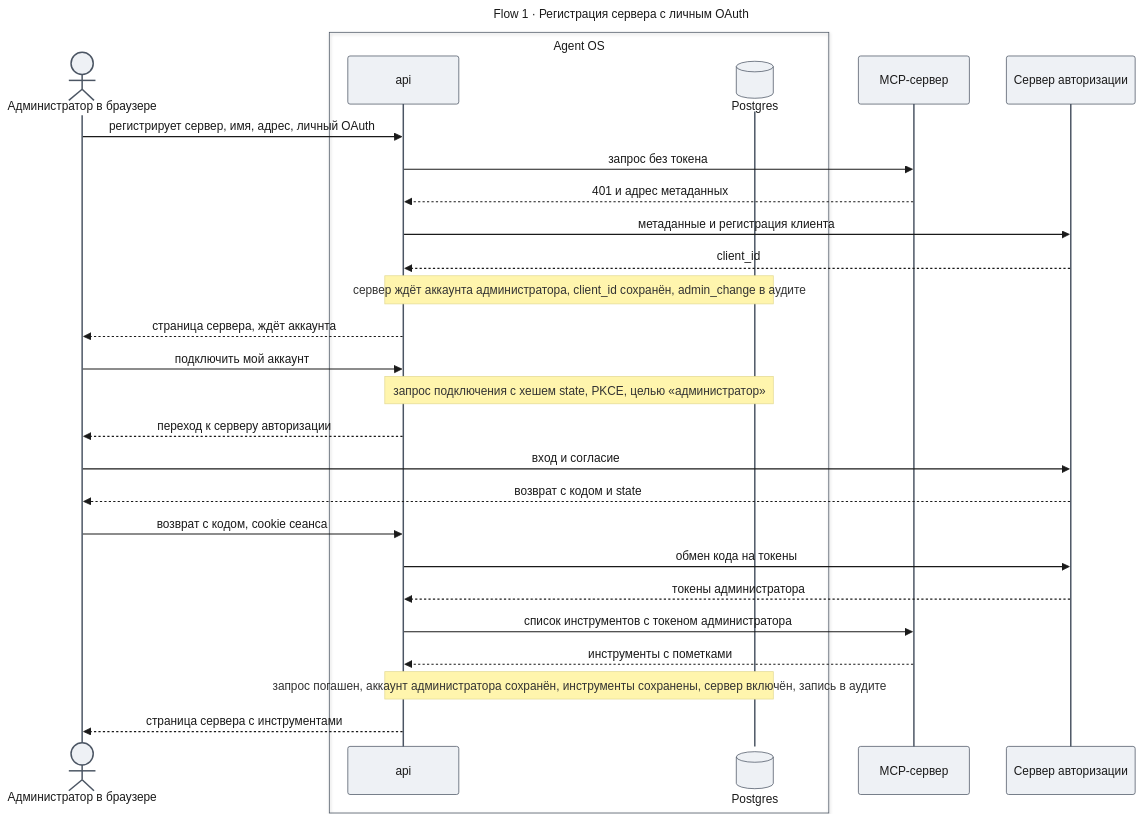
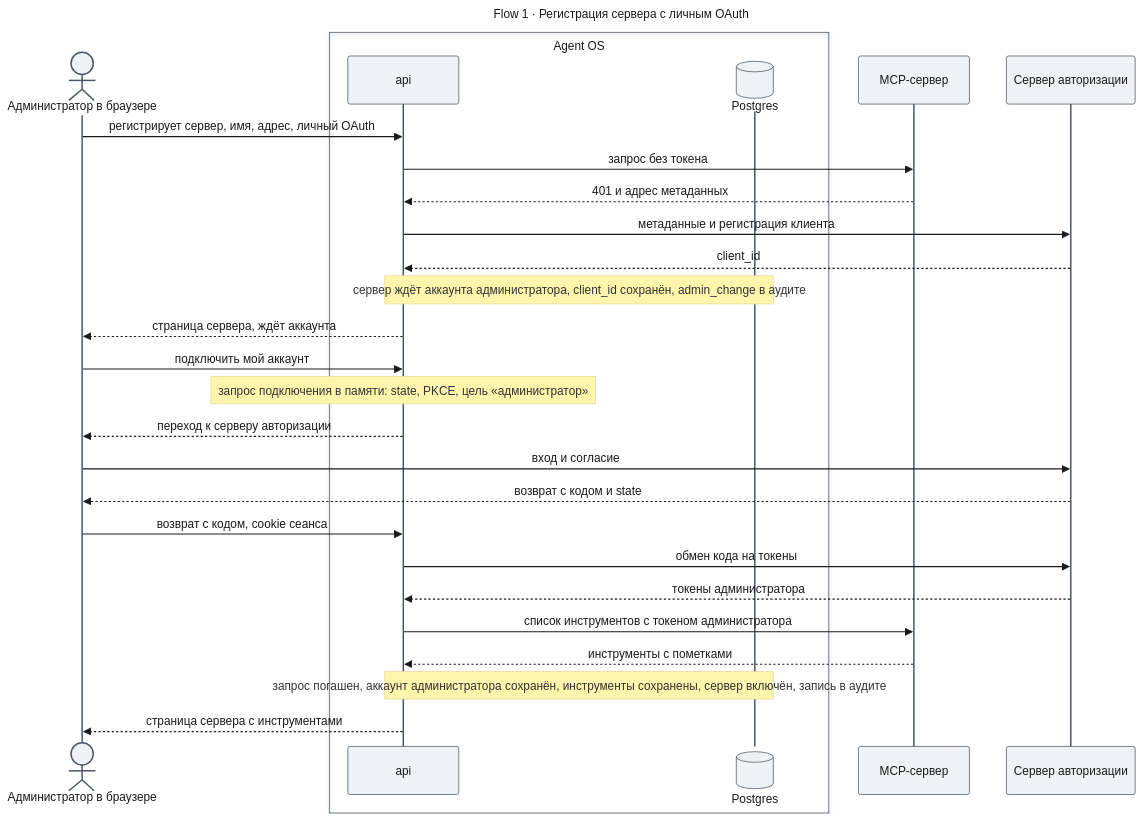
The sixth of 9 diagrams in docs/features/enterprise-access/design-mcp-connect.md (tundraray/agent-os), drawn with Mermaid before and after one commit. The commit also changed other lines of this file and 3 other files, not shown here.

````diff
--- a/docs/features/enterprise-access/design-mcp-connect.md
+++ b/docs/features/enterprise-access/design-mcp-connect.md
@@ -491,59 +489,59 @@
 ```mermaid
 ---
 title: "Flow 1 · Регистрация сервера с личным OAuth"
 config:
   theme: base
   look: classic
   themeVariables:
     primaryColor: "#eef1f5"
     primaryBorderColor: "#4b5563"
     primaryTextColor: "#1a1a1a"
     lineColor: "#6b7280"
   themeCSS: |
     @keyframes lit_mf1{0%,5.62%{stroke:#991b1b;stroke-width:6px}6.25%,100%{stroke:#37474f;stroke-width:2px}}
     @keyframes litr_mf1{0%,5.62%{stroke:#1d4ed8;stroke-width:6px}6.25%,100%{stroke:#37474f;stroke-width:2px}}
     .messageLine0[data-id='i0'],.messageLine1[data-id='i0']{animation:lit_mf1 19.2s linear 0s infinite}
     .messageLine0[data-id='i1'],.messageLine1[data-id='i1']{animation:lit_mf1 19.2s linear 1.2s infinite}
     .messageLine0[data-id='i2'],.messageLine1[data-id='i2']{animation:litr_mf1 19.2s linear 2.4s infinite}
     .messageLine0[data-id='i3'],.messageLine1[data-id='i3']{animation:lit_mf1 19.2s linear 3.6s infinite}
     .messageLine0[data-id='i4'],.messageLine1[data-id='i4']{animation:litr_mf1 19.2s linear 4.8s infinite}
     .messageLine0[data-id='i6'],.messageLine1[data-id='i6']{animation:litr_mf1 19.2s linear 6s infinite}
     .messageLine0[data-id='i7'],.messageLine1[data-id='i7']{animation:lit_mf1 19.2s linear 7.2s infinite}
     .messageLine0[data-id='i9'],.messageLine1[data-id='i9']{animation:litr_mf1 19.2s linear 8.4s infinite}
     .messageLine0[data-id='i10'],.messageLine1[data-id='i10']{animation:lit_mf1 19.2s linear 9.6s infinite}
     .messageLine0[data-id='i11'],.messageLine1[data-id='i11']{animation:litr_mf1 19.2s linear 10.8s infinite}
     .messageLine0[data-id='i12'],.messageLine1[data-id='i12']{animation:lit_mf1 19.2s linear 12s infinite}
     .messageLine0[data-id='i13'],.messageLine1[data-id='i13']{animation:lit_mf1 19.2s linear 13.2s infinite}
     .messageLine0[data-id='i14'],.messageLine1[data-id='i14']{animation:litr_mf1 19.2s linear 14.4s infinite}
     .messageLine0[data-id='i15'],.messageLine1[data-id='i15']{animation:lit_mf1 19.2s linear 15.6s infinite}
     .messageLine0[data-id='i16'],.messageLine1[data-id='i16']{animation:litr_mf1 19.2s linear 16.8s infinite}
     .messageLine0[data-id='i18'],.messageLine1[data-id='i18']{animation:litr_mf1 19.2s linear 18s infinite}
 ---
 sequenceDiagram
     actor U as Администратор в браузере
     box Agent OS
     participant A as api
     participant DB@{ "type": "database" } as Postgres
     end
     participant M as MCP-сервер
     participant S as Сервер авторизации
     U->>A: регистрирует сервер, имя, адрес, личный OAuth
     A->>M: запрос без токена
     M-->>A: 401 и адрес метаданных
     A->>S: метаданные и регистрация клиента
     S-->>A: client_id
     Note over A,DB: сервер ждёт аккаунта администратора, client_id сохранён, admin_change в аудите
     A-->>U: страница сервера, ждёт аккаунта
     U->>A: подключить мой аккаунт
-    Note over A,DB: запрос подключения с хешем state, PKCE, целью «администратор»
+    Note over A: запрос подключения в памяти: state, PKCE, цель «администратор»
     A-->>U: переход к серверу авторизации
     U->>S: вход и согласие
     S-->>U: возврат с кодом и state
     U->>A: возврат с кодом, cookie сеанса
     A->>S: обмен кода на токены
     S-->>A: токены администратора
     A->>M: список инструментов с токеном администратора
     M-->>A: инструменты с пометками
     Note over A,DB: запрос погашен, аккаунт администратора сохранён, инструменты сохранены, сервер включён, запись в аудите
     A-->>U: страница сервера с инструментами
 ```
````
